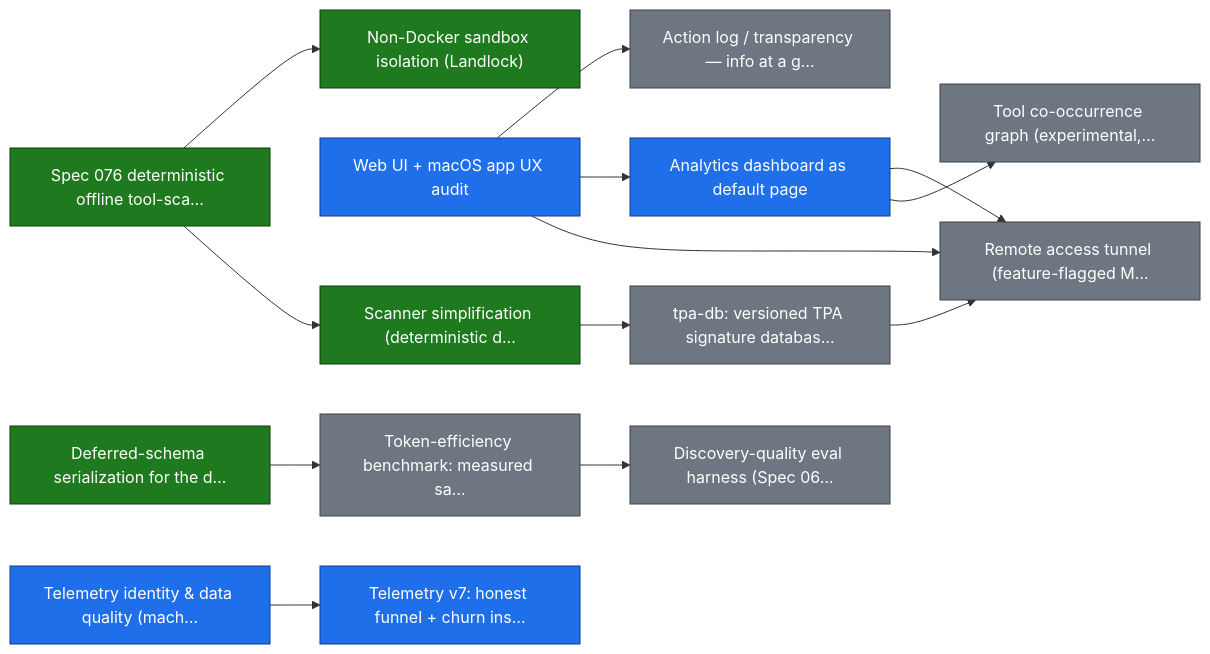
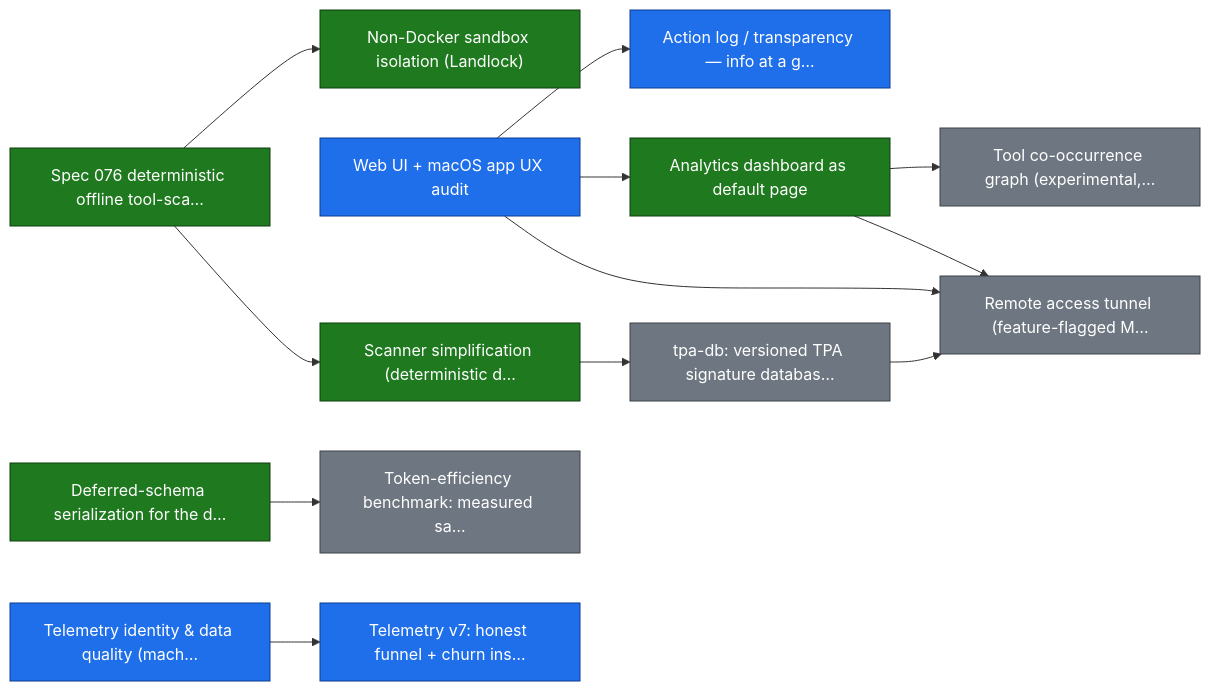
Before and after one commit to smart-mcp-proxy/mcpproxy-go: the first of 21 diagrams in ROADMAP.md, drawn with Mermaid. The commit also changed other lines of this file and 2 other files, not shown here.

First line of the commit message:
chore(roadmap): truth-sync statuses against code, clear all --check-github warnings (#1136)

````diff
--- a/ROADMAP.md
+++ b/ROADMAP.md
@@ -36,37 +36,35 @@
 ```mermaid
 graph LR
   sandbox_isolation["Non-Docker sandbox isolation (Landlock)"]
   scanner_v2["Spec 076 deterministic offline tool-sca…"]
   ux_audit["Web UI + macOS app UX audit"]
   action_log_transparency["Action log / transparency — info at a g…"]
   analytics_dashboard["Analytics dashboard as default page"]
   scanner_simplification["Scanner simplification (deterministic d…"]
   tpa_db["tpa-db: versioned TPA signature databas…"]
   remote_access_tunnel["Remote access tunnel (feature-flagged M…"]
   schema_deferred["Deferred-schema serialization for the d…"]
   token_bench["Token-efficiency benchmark: measured sa…"]
   tool_graph["Tool co-occurrence graph (experimental,…"]
   telemetry_identity["Telemetry identity & data quality (mach…"]
   telemetry_v7_churn["Telemetry v7: honest funnel + churn ins…"]
-  discovery_eval_harness["Discovery-quality eval harness (Spec 06…"]
 
   scanner_v2 --> sandbox_isolation
   ux_audit --> action_log_transparency
   ux_audit --> analytics_dashboard
   scanner_v2 --> scanner_simplification
   scanner_simplification --> tpa_db
   tpa_db --> remote_access_tunnel
   ux_audit --> remote_access_tunnel
   analytics_dashboard --> remote_access_tunnel
   schema_deferred --> token_bench
   analytics_dashboard --> tool_graph
   telemetry_identity --> telemetry_v7_churn
-  token_bench --> discovery_eval_harness
 
   classDef done fill:#1f7a1f,stroke:#0d3d0d,color:#ffffff;
   classDef in_progress fill:#1f6feb,stroke:#0b3d91,color:#ffffff;
   classDef todo fill:#6e7781,stroke:#3d4248,color:#ffffff;
-  class sandbox_isolation,scanner_v2,scanner_simplification,schema_deferred done;
-  class ux_audit,analytics_dashboard,telemetry_identity,telemetry_v7_churn in_progress;
-  class action_log_transparency,tpa_db,remote_access_tunnel,token_bench,tool_graph,discovery_eval_harness todo;
+  class sandbox_isolation,scanner_v2,analytics_dashboard,scanner_simplification,schema_deferred done;
+  class ux_audit,action_log_transparency,telemetry_identity,telemetry_v7_churn in_progress;
+  class tpa_db,remote_access_tunnel,token_bench,tool_graph todo;
 ```
````
